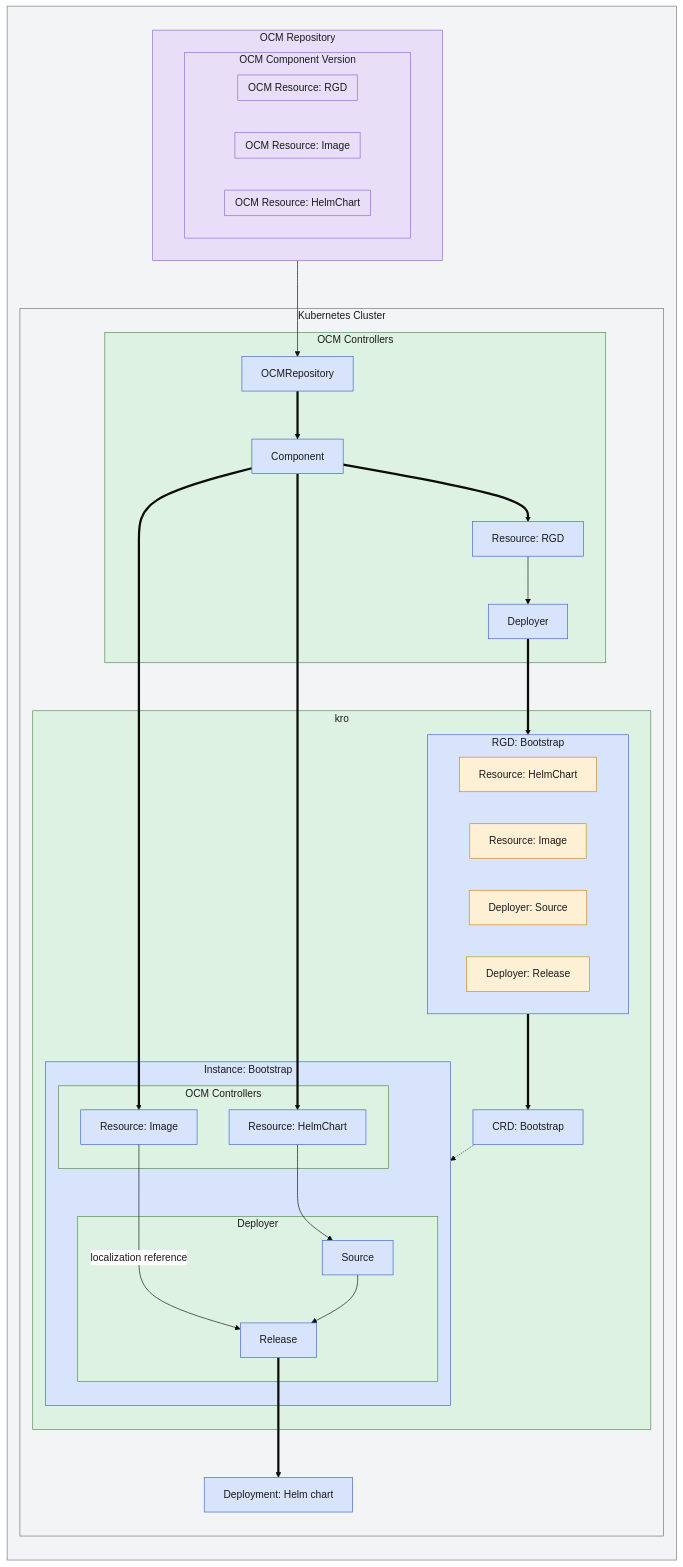
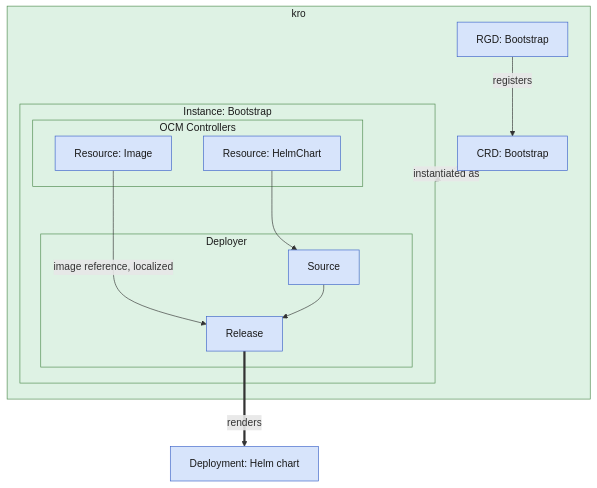
The diagram in website/content/docs/tutorials/deploy-helm-chart-bootstrap.md (open-component-model/open-component-model), drawn with Mermaid before and after one commit. The commit also changed other lines of this file and 5 other files, not shown here.

````diff
--- a/website/content/docs/tutorials/deploy-helm-chart-bootstrap.md
+++ b/website/content/docs/tutorials/deploy-helm-chart-bootstrap.md
@@ -80,76 +83,28 @@
 ```mermaid
-%%{init: {"theme":"base", "themeVariables": {"edgeLabelBackground":"#ffffff"}, "flowchart": {"wrappingWidth": 300}}}%%
 flowchart TB
-    subgraph background[ ]
-        direction TB
-        subgraph ocmRepo[OCM Repository]
-            subgraph ocmCV[OCM Component Version]
-                direction RL
-                subgraph ocmResourceHelm[OCM Resource: HelmChart]
-                end
-                subgraph ocmResourceImage[OCM Resource: Image]
-                end
-                subgraph ocmResourceRGD[OCM Resource: RGD]
-                end
+    subgraph kro[kro]
+        rgdBootstrap[RGD: Bootstrap]
+        crdBootstrap[CRD: Bootstrap]
+        rgdBootstrap -->|registers| crdBootstrap
+        subgraph instanceBootstrap[Instance: Bootstrap]
+            subgraph ocmControllers[OCM Controllers]
+                k8sResourceHelm[Resource: HelmChart]
+                k8sResourceImage[Resource: Image]
             end
+            subgraph deployer[Deployer]
+                source[Source]
+                helmRelease[Release]
+            end
+            k8sResourceImage -->|image reference, localized| helmRelease
+            k8sResourceHelm --> source --> helmRelease
         end
+    end
+    crdBootstrap -.->|instantiated as| instanceBootstrap
+    helmRelease ==>|renders| deployment[Deployment: Helm chart]
 
-        subgraph k8sCluster[Kubernetes Cluster]
-            subgraph bootstrap[OCM Controllers]
-                k8sRepo[OCMRepository]
-                k8sComponent[Component]
-                k8sResourceRGD[Resource: RGD]
-                k8sDeployer[Deployer]
-            end
-            subgraph kro[kro]
-                subgraph rgd[RGD: Bootstrap]
-                    rgdResourceHelm[Resource: HelmChart]
-                    rgdResourceImage[Resource: Image]
-                    rgdSource[Deployer: Source]
-                    rgdHelmRelease[Deployer: Release]
-                end
-                crdBootstrap[CRD: Bootstrap]
-                subgraph instanceBootstrap[Instance: Bootstrap]
-                    subgraph ocmControllers[OCM Controllers]
-                        k8sResourceHelm[Resource: HelmChart]
-                        k8sResourceImage[Resource: Image]
-                    end
-                    subgraph deployer[Deployer]
-                        source[Source]
-                        helmRelease[Release]
-                    end
-                    k8sResourceImage -- localization reference --> helmRelease
-                end
-            end
-            helmRelease ==> deployment[Deployment: Helm chart]
-        end
-
-        ocmRepo --> k8sRepo
-        k8sRepo ==> k8sComponent
-        k8sComponent ==> k8sResourceRGD
-        k8sComponent ==> k8sResourceHelm
-        k8sComponent ==> k8sResourceImage
-        k8sResourceRGD --> k8sDeployer
-        k8sDeployer ==> rgd
-        rgd ==> crdBootstrap
-        crdBootstrap eInstOf@-.-> instanceBootstrap
-        k8sResourceHelm --> source
-        source --> helmRelease
-    end
-
-    eInstOf@{stroke-width: 2px}
-
-    classDef ocm fill:#e8def8,stroke:#8e68d0,color:#1a1a1a
     classDef reconciledBy fill:#def2e4,stroke:#4d8a4d,color:#1a1a1a
     classDef k8sObject fill:#d7e4fb,stroke:#3c63c8,color:#1a1a1a
-    classDef templateOf fill:#fdf0d5,stroke:#c8891c,color:#1a1a1a
-    classDef cluster fill:#f3f4f6,stroke:#6b7280,color:#1a1a1a
 
-    class ocmRepo,ocmCV,ocmResourceHelm,ocmResourceImage,ocmResourceRGD ocm;
-    class k8sCluster cluster;
-    class bootstrap,kro,ocmControllers,deployer reconciledBy;
-    class k8sRepo,k8sComponent,k8sResourceRGD,k8sDeployer,rgd,crdBootstrap,instanceBootstrap,k8sResourceHelm,k8sResourceImage,source,helmRelease,deployment k8sObject;
-    class rgdResourceHelm,rgdResourceImage,rgdSource,rgdHelmRelease templateOf;
-
-    linkStyle default color:#1a1a1a
+    class kro,ocmControllers,deployer,instanceBootstrap reconciledBy;
+    class rgdBootstrap,crdBootstrap,k8sResourceHelm,k8sResourceImage,source,helmRelease,deployment k8sObject;
 ```
````
